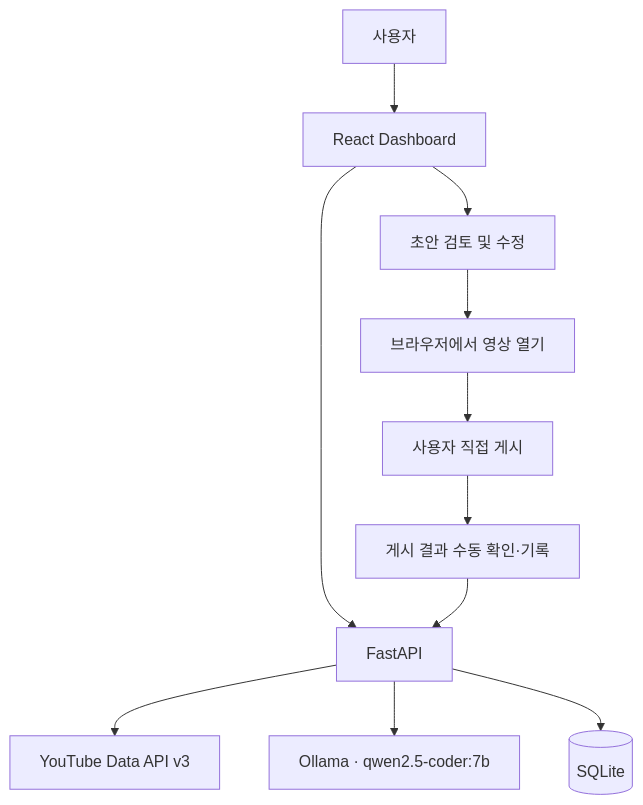
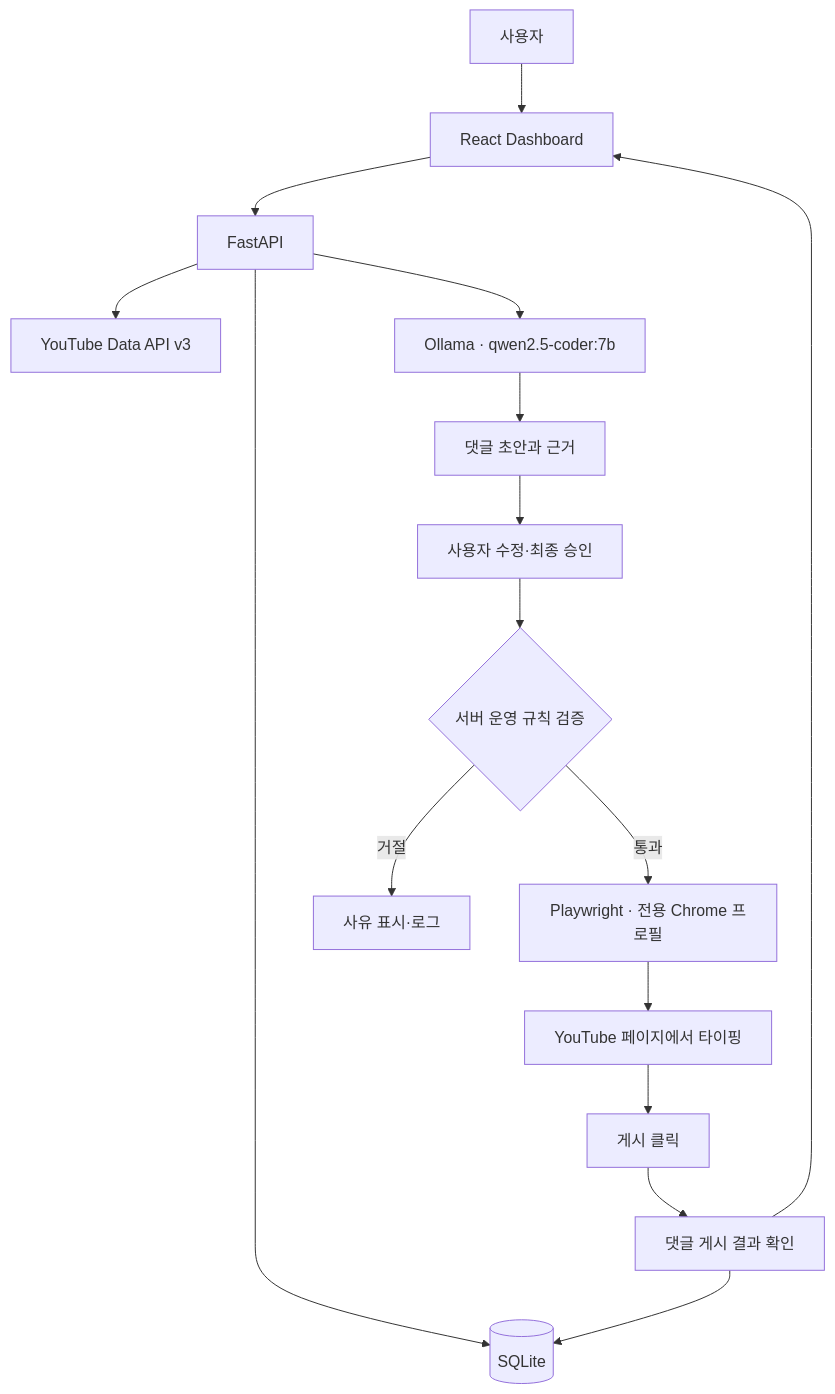
Before and after one commit to seo-gali/marketing-ai-agent: the diagram in .project/plan.md, drawn with Mermaid. The commit also changed other lines of this file and 4 other files, not shown here.

````diff
--- a/.project/plan.md
+++ b/.project/plan.md
@@ -78,13 +79,18 @@
 ```mermaid
 flowchart TD
     U[사용자] --> UI[React Dashboard]
     UI --> API[FastAPI]
     API --> YT[YouTube Data API v3]
     API --> AI[Ollama · qwen2.5-coder:7b]
     API --> DB[(SQLite)]
-    UI --> Review[초안 검토 및 수정]
-    Review --> Browser[브라우저에서 영상 열기]
-    Browser --> Manual[사용자 직접 게시]
-    Manual --> Record[게시 결과 수동 확인·기록]
-    Record --> API
+    AI --> D[댓글 초안과 근거]
+    D --> R[사용자 수정·최종 승인]
+    R --> G{서버 운영 규칙 검증}
+    G -->|통과| P[Playwright · 전용 Chrome 프로필]
+    G -->|거절| X[사유 표시·로그]
+    P --> T[YouTube 페이지에서 타이핑]
+    T --> S[게시 클릭]
+    S --> V[댓글 게시 결과 확인]
+    V --> DB
+    V --> UI
 ```
````
